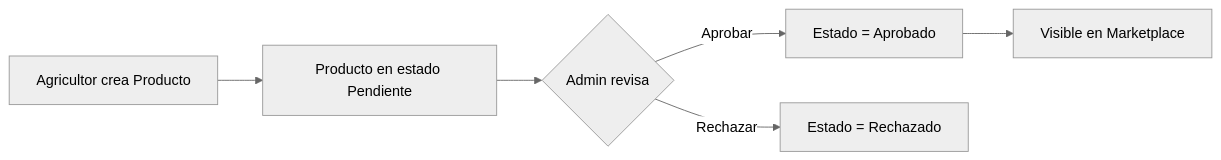
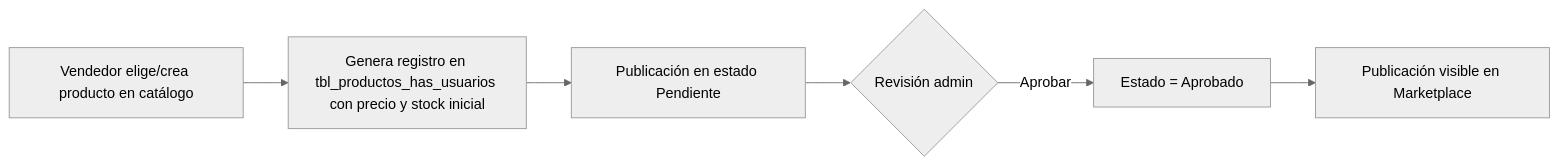
Before and after one commit to danieldavid-23/agrosft: the third of 3 diagrams in docs/PROJECT_CONTEXT.md, drawn with Mermaid (neutral theme). The commit also changed other lines of this file and 7 other files, not shown here.

````diff
--- a/docs/PROJECT_CONTEXT.md
+++ b/docs/PROJECT_CONTEXT.md
@@ -164,8 +159,8 @@
 ```mermaid
 graph LR
-    A[Agricultor crea Producto] --> B[Producto en estado Pendiente]
-    B --> C{Admin revisa}
-    C -->|Aprobar| D[Estado = Aprobado]
-    C -->|Rechazar| E[Estado = Rechazado]
-    D --> F[Visible en Marketplace]
+    A[Vendedor elige/crea producto en catálogo] --> B[Genera registro en tbl_productos_has_usuarios con precio y stock inicial]
+    B --> C[Publicación en estado Pendiente]
+    C --> D{Revisión admin}
+    D -->|Aprobar| E[Estado = Aprobado]
+    E --> F[Publicación visible en Marketplace]
 ```
````
